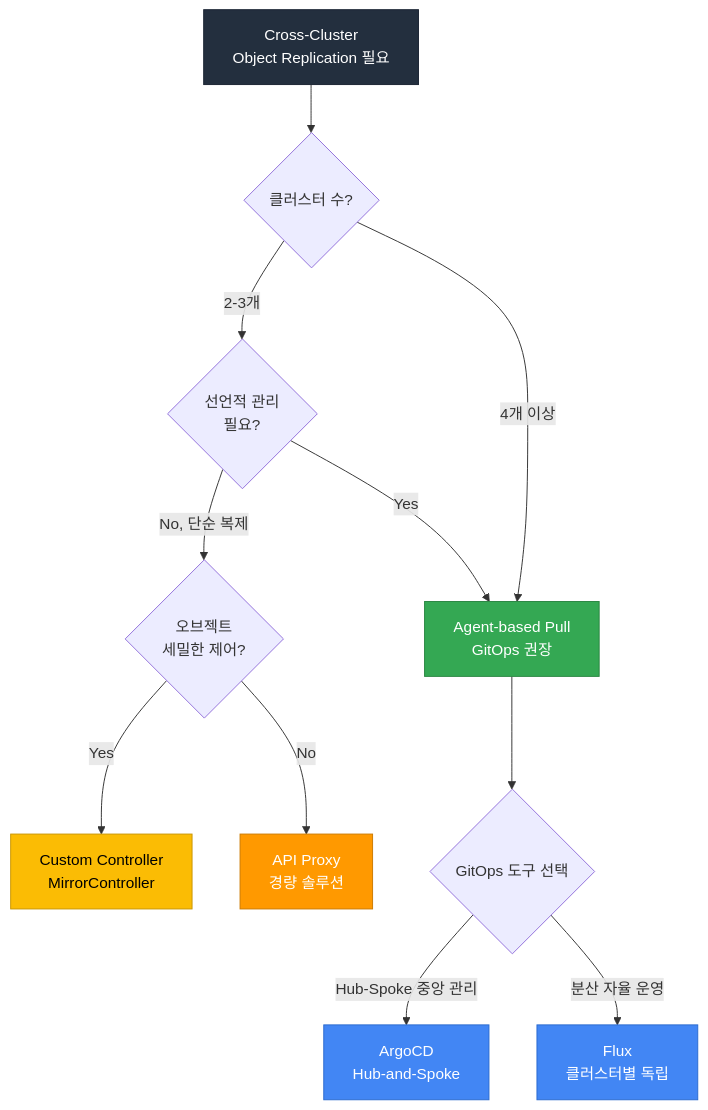
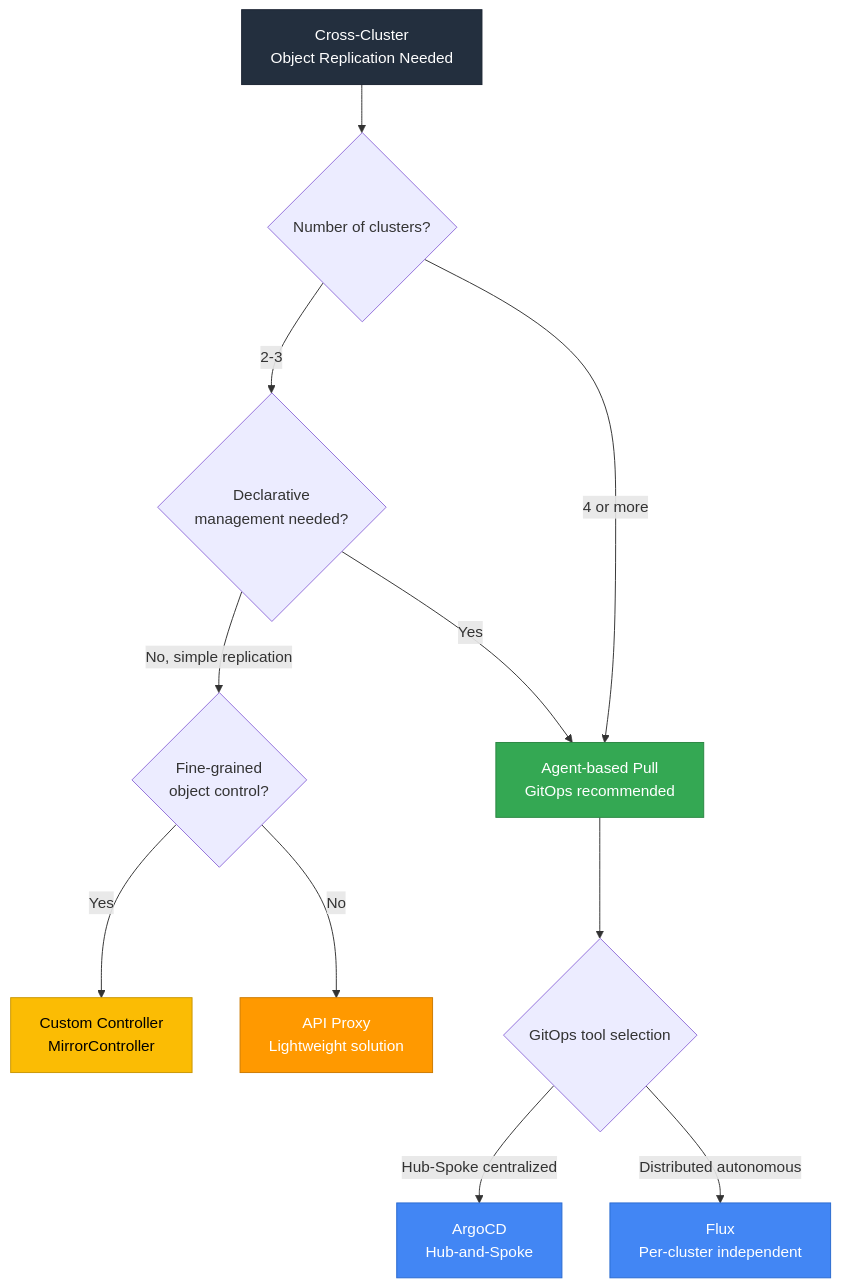
One commit to devfloor9/engineering-playbook changed the fourth of 8 diagrams in docs/eks-best-practices/control-plane-scaling/cross-cluster-object-replication.md. Above: the diagram before and after it, drawn with Mermaid. The commit also changed other lines of this file and 954 other files, not shown here.

````diff
--- a/docs/eks-best-practices/control-plane-scaling/cross-cluster-object-replication.md
+++ b/docs/eks-best-practices/control-plane-scaling/cross-cluster-object-replication.md
@@ -137,24 +137,24 @@
 ```mermaid
 flowchart TD
-    START[Cross-Cluster<br/>Object Replication 필요] --> Q1{클러스터 수?}
+    START[Cross-Cluster<br/>Object Replication Needed] --> Q1{Number of clusters?}
 
-    Q1 --> |2-3개| Q2{선언적 관리<br/>필요?}
-    Q1 --> |4개 이상| PULL[Agent-based Pull<br/>GitOps 권장]
+    Q1 --> |2-3| Q2{Declarative<br/>management needed?}
+    Q1 --> |4 or more| PULL[Agent-based Pull<br/>GitOps recommended]
 
     Q2 --> |Yes| PULL
-    Q2 --> |No, 단순 복제| Q3{오브젝트<br/>세밀한 제어?}
+    Q2 --> |No, simple replication| Q3{Fine-grained<br/>object control?}
 
     Q3 --> |Yes| MIRROR[Custom Controller<br/>MirrorController]
-    Q3 --> |No| PROXY[API Proxy<br/>경량 솔루션]
+    Q3 --> |No| PROXY[API Proxy<br/>Lightweight solution]
 
-    PULL --> GITOPS{GitOps 도구 선택}
-    GITOPS --> |Hub-Spoke 중앙 관리| ARGO[ArgoCD<br/>Hub-and-Spoke]
-    GITOPS --> |분산 자율 운영| FLUX[Flux<br/>클러스터별 독립]
+    PULL --> GITOPS{GitOps tool selection}
+    GITOPS --> |Hub-Spoke centralized| ARGO[ArgoCD<br/>Hub-and-Spoke]
+    GITOPS --> |Distributed autonomous| FLUX[Flux<br/>Per-cluster independent]
 
     style START fill:#232f3e,stroke:#1a2332,color:#fff
     style PULL fill:#34a853,stroke:#2a8642,color:#fff
     style ARGO fill:#4286f4,stroke:#2a6acf,color:#fff
     style FLUX fill:#4286f4,stroke:#2a6acf,color:#fff
     style MIRROR fill:#fbbc04,stroke:#c99603,color:#000
     style PROXY fill:#ff9900,stroke:#cc7a00,color:#fff
 ```
````
